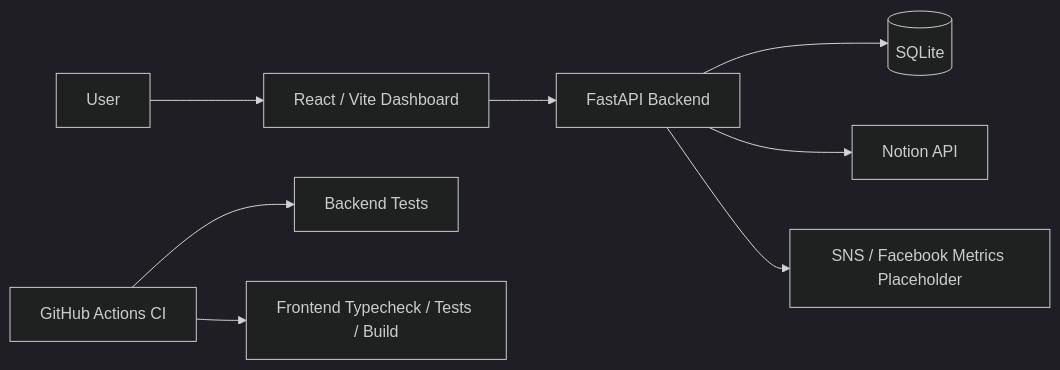
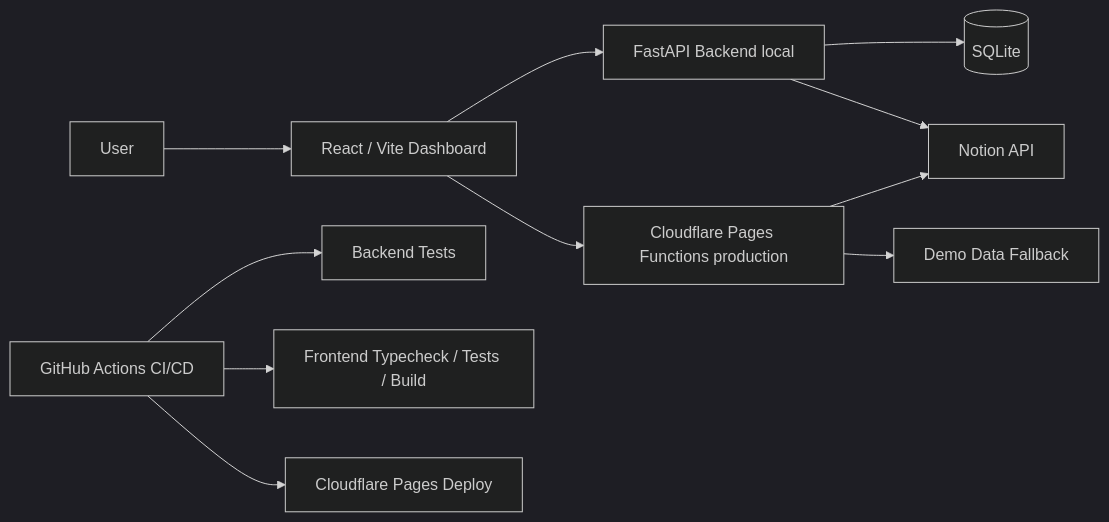
The diagram in README.md (univcorp2-ctrl/notion-creator-ops-dashboard), drawn with Mermaid (dark theme) before and after one commit. The commit also changed other lines of this file, not shown here.

Commit message:
Make repo private and add Cloudflare production deployment assets

````diff
--- a/README.md
+++ b/README.md
@@ -18,10 +35,13 @@
 ```mermaid
 flowchart LR
     U[User] --> UI[React / Vite Dashboard]
-    UI --> API[FastAPI Backend]
+    UI --> API[FastAPI Backend local]
+    UI --> CF[Cloudflare Pages Functions production]
     API --> DB[(SQLite)]
     API --> N[Notion API]
-    API --> S[SNS / Facebook Metrics Placeholder]
-    GHA[GitHub Actions CI] --> PY[Backend Tests]
+    CF --> N
+    CF --> Demo[Demo Data Fallback]
+    GHA[GitHub Actions CI/CD] --> PY[Backend Tests]
     GHA --> FE[Frontend Typecheck / Tests / Build]
+    GHA --> CFP[Cloudflare Pages Deploy]
 ```
````
